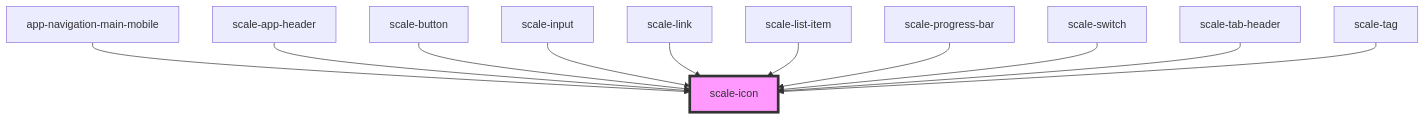
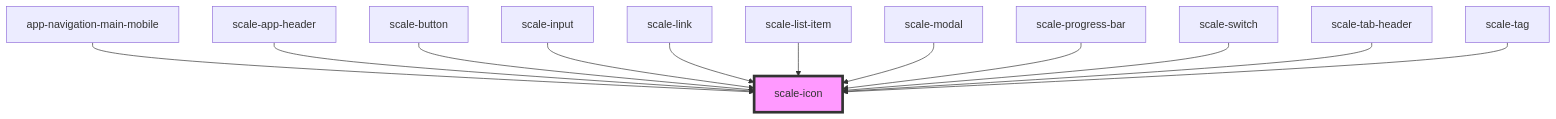
Before and after one commit to gaurishkamat/scale: the diagram in packages/components/src/components/icon/readme.md, drawn with Mermaid. The commit also changed other lines of this file and 3 other files, not shown here.

````diff
--- a/packages/components/src/components/icon/readme.md
+++ b/packages/components/src/components/icon/readme.md
@@ -38,14 +39,15 @@
 ```mermaid
 graph TD;
   app-navigation-main-mobile --> scale-icon
   scale-app-header --> scale-icon
   scale-button --> scale-icon
   scale-input --> scale-icon
   scale-link --> scale-icon
   scale-list-item --> scale-icon
+  scale-modal --> scale-icon
   scale-progress-bar --> scale-icon
   scale-switch --> scale-icon
   scale-tab-header --> scale-icon
   scale-tag --> scale-icon
   style scale-icon fill:#f9f,stroke:#333,stroke-width:4px
 ```
````
